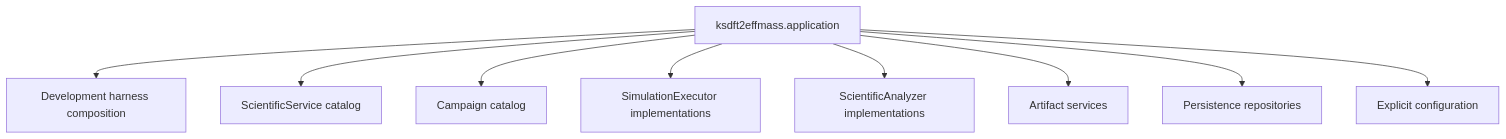
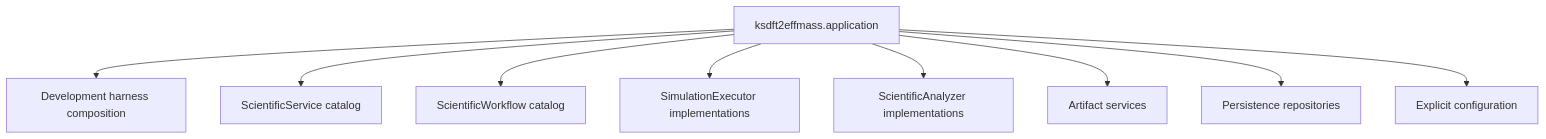
One commit to eragasa/ksdft2effmass changed the diagram in docs/architecture/v2/composition-root.md. Above: the diagram before and after it, drawn with Mermaid. The commit also changed 85 other files, not shown here.

Commit message:
docs(architecture): define workflow and harness agent v2

````diff
--- a/docs/architecture/v2/composition-root.md
+++ b/docs/architecture/v2/composition-root.md
@@ -7,12 +7,12 @@
 ```mermaid
 flowchart TB
     app["ksdft2effmass.application"]
     app --> harness["Development harness composition"]
     app --> services["ScientificService catalog"]
-    app --> campaigns["Campaign catalog"]
+    app --> definitions["ScientificWorkflow catalog"]
     app --> executors["SimulationExecutor implementations"]
     app --> analyzers["ScientificAnalyzer implementations"]
     app --> artifacts["Artifact services"]
     app --> repositories["Persistence repositories"]
     app --> config["Explicit configuration"]
 ```
````
